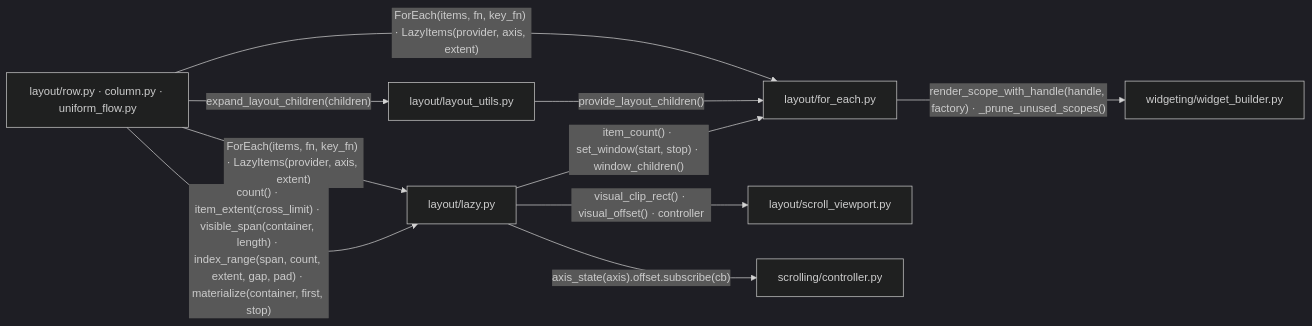
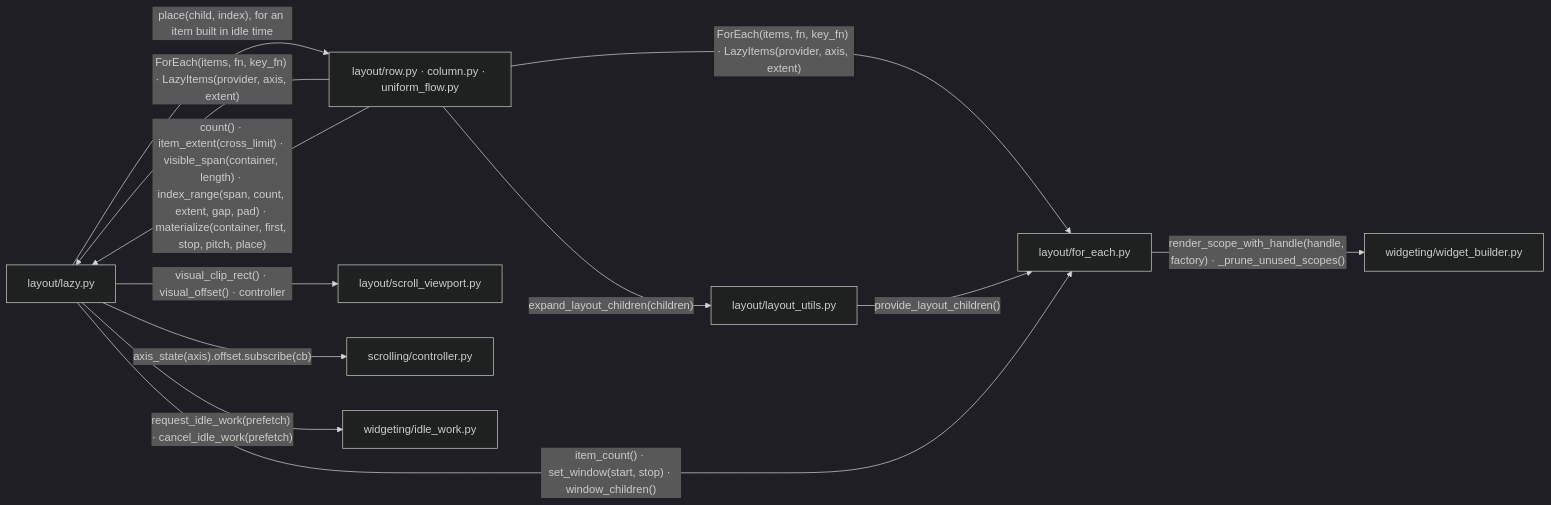
One commit to yuksblog/nuiitivet changed the fifth of 10 diagrams in docs/design/LAYOUT.md. Above: the diagram before and after it, drawn with Mermaid (dark theme). The commit also changed other lines of this file and 16 other files, not shown here.

First line of the commit message:
perf(layout): a lazy container builds ahead of the view in idle time

````diff
--- a/docs/design/LAYOUT.md
+++ b/docs/design/LAYOUT.md
@@ -158,19 +159,22 @@
 ```mermaid
 flowchart LR
     for_each[layout/for_each.py]
     lazy[layout/lazy.py]
     containers[layout/row.py · column.py · uniform_flow.py]
     utils[layout/layout_utils.py]
     viewport[layout/scroll_viewport.py]
     controller[scrolling/controller.py]
     builder[widgeting/widget_builder.py]
+    idle[widgeting/idle_work.py]
 
     containers -- "ForEach(items, fn, key_fn) · LazyItems(provider, axis, extent)" --> for_each & lazy
     containers -- "expand_layout_children(children)" --> utils
     utils -- "provide_layout_children()" --> for_each
-    containers -- "count() · item_extent(cross_limit) · visible_span(container, length) · index_range(span, count, extent, gap, pad) · materialize(container, first, stop)" --> lazy
+    containers -- "count() · item_extent(cross_limit) · visible_span(container, length) · index_range(span, count, extent, gap, pad) · materialize(container, first, stop, pitch, place)" --> lazy
+    lazy -- "place(child, index), for an item built in idle time" --> containers
     lazy -- "item_count() · set_window(start, stop) · window_children()" --> for_each
     lazy -- "visual_clip_rect() · visual_offset() · controller" --> viewport
     lazy -- "axis_state(axis).offset.subscribe(cb)" --> controller
+    lazy -- "request_idle_work(prefetch) · cancel_idle_work(prefetch)" --> idle
     for_each -- "render_scope_with_handle(handle, factory) · _prune_unused_scopes()" --> builder
 ```
````
